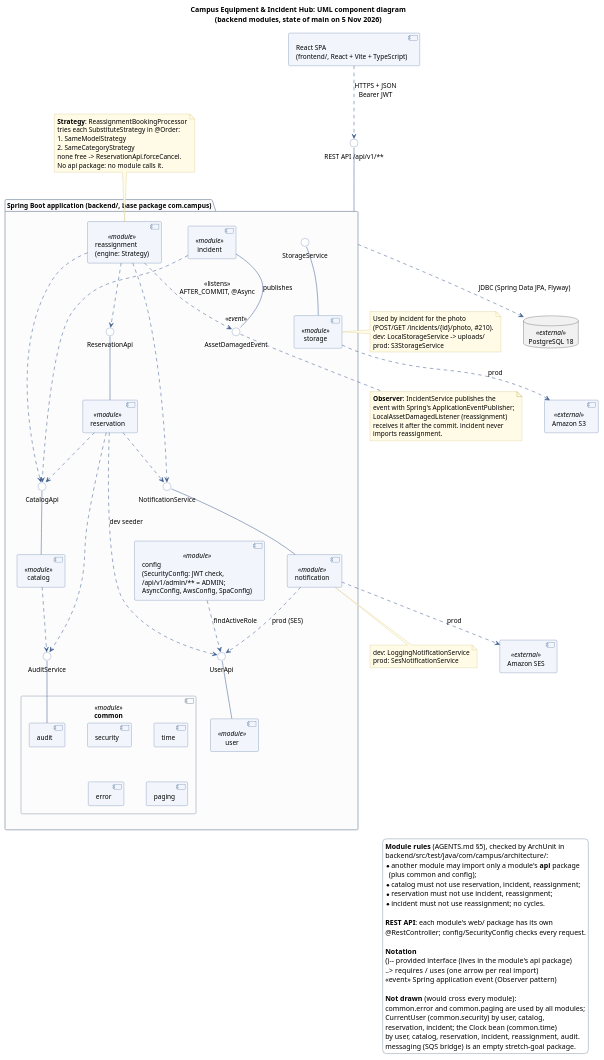
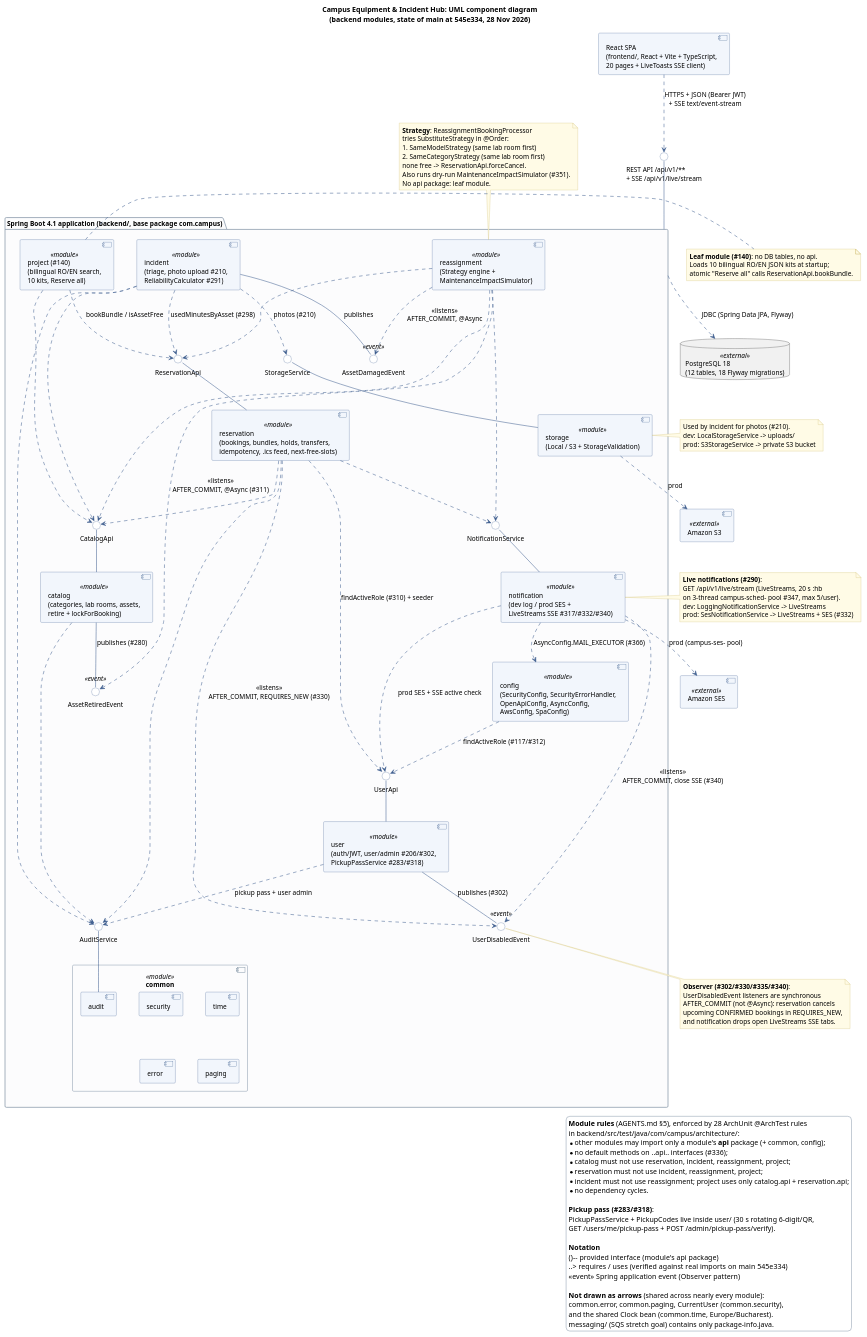
Before and after one commit to FundamenteleInginerieiSoftware/campus-hub: the diagram in docs/diagrams/component.puml, drawn with PlantUML. The commit also changed 13 other files, not shown here.

Commit message:
docs(report): add template blueprint, AWS/CI-CD chapter, runbook and refreshed security/diagrams

```diff
--- a/docs/diagrams/component.puml
+++ b/docs/diagrams/component.puml
@@ -1,166 +1,193 @@
 @startuml component
 ' UML component diagram of the backend modules (com.campus.<module>).
-' Every "requires" arrow comes from a real import on main (5 Nov 2026); the grep that produced
-' them is in documentation/Necula_Matei/32-component-deployment-diagrams.md.
+' Every "requires" arrow comes from a real import on main (545e334, 28 Nov 2026).
+' Verified via cross-module import grep in documentation/Necula_Matei/74-template-blueprint-report-runbook.md.
 ' Render from the repo root: java -jar plantuml.jar -tpng docs/diagrams/component.puml
 
-title Campus Equipment & Incident Hub: UML component diagram\n(backend modules, state of main on 5 Nov 2026)
+title Campus Equipment & Incident Hub: UML component diagram\n(backend modules, state of main at 545e334, 28 Nov 2026)
 
 skinparam componentStyle uml2
 skinparam shadowing false
 skinparam defaultFontName Helvetica
 skinparam defaultFontSize 13
 skinparam nodesep 45
 skinparam ranksep 60
 skinparam ArrowColor #3B5B8C
 skinparam component {
   BackgroundColor #F2F6FC
   BorderColor #3B5B8C
 }
 skinparam interface {
   BackgroundColor #FFFFFF
   BorderColor #3B5B8C
 }
 skinparam package {
   BorderColor #8899AA
   BackgroundColor #FCFCFD
 }
 skinparam legend {
   BackgroundColor #FFFFFF
   BorderColor #8899AA
 }
 skinparam note {
   BackgroundColor #FFFBE6
   BorderColor #C8B560
 }
 
-component "React SPA\n(frontend/, React + Vite + TypeScript)" as spa
+component "React SPA\n(frontend/, React + Vite + TypeScript,\n20 pages + LiveToasts SSE client)" as spa
 
-interface "REST API /api/v1/**" as rest
+interface "REST API /api/v1/**\n+ SSE /api/v1/live/stream" as rest
 
-package "Spring Boot application  (backend/, base package com.campus)" as app {
-  component "config\n(SecurityConfig: JWT check,\n/api/v1/admin/** = ADMIN;\nAsyncConfig, AwsConfig, SpaConfig)" as config <<module>>
+package "Spring Boot 4.1 application  (backend/, base package com.campus)" as app {
+  component "config\n(SecurityConfig, SecurityErrorHandler,\nOpenApiConfig, AsyncConfig,\nAwsConfig, SpaConfig)" as config <<module>>
 
-  component "reassignment\n(engine: Strategy)" as reassignment <<module>>
-  component "incident" as incident <<module>>
+  component "project (#140)\n(bilingual RO/EN search,\n10 kits, Reserve all)" as project <<module>>
+
+  component "reassignment\n(Strategy engine +\nMaintenanceImpactSimulator)" as reassignment <<module>>
+
+  component "incident\n(triage, photo upload #210,\nReliabilityCalculator #291)" as incident <<module>>
 
   interface "AssetDamagedEvent" as AssetDamagedEvent <<event>>
+  interface "AssetRetiredEvent" as AssetRetiredEvent <<event>>
+  interface "UserDisabledEvent" as UserDisabledEvent <<event>>
 
-  component "reservation" as reservation <<module>>
+  component "reservation\n(bookings, bundles, holds, transfers,\nidempotency, .ics feed, next-free-slots)" as reservation <<module>>
   interface "ReservationApi" as ReservationApi
 
-  component "catalog" as catalog <<module>>
+  component "catalog\n(categories, lab rooms, assets,\nretire + lockForBooking)" as catalog <<module>>
   interface "CatalogApi" as CatalogApi
 
-  component "notification" as notification <<module>>
+  component "notification\n(dev log / prod SES +\nLiveStreams SSE #317/#332/#340)" as notification <<module>>
   interface "NotificationService" as NotificationService
 
-  component "storage" as storage <<module>>
+  component "storage\n(Local / S3 + StorageValidation)" as storage <<module>>
   interface "StorageService" as StorageService
 
-  component "user" as user <<module>>
+  component "user\n(auth/JWT, user/admin #206/#302,\nPickupPassService #283/#318)" as user <<module>>
   interface "UserApi" as UserApi
 
   component "common" as common <<module>> {
     component "audit" as caudit
     component "security" as csecurity
     component "time" as ctime
     component "error" as cerror
     component "paging" as cpaging
   }
   interface "AuditService" as AuditService
 }
 
-database "PostgreSQL 18" as pg <<external>>
+database "PostgreSQL 18\n(12 tables, 18 Flyway migrations)" as pg <<external>>
 component "Amazon SES" as ses <<external>>
 component "Amazon S3" as s3 <<external>>
 
 ' ---- client ----
-spa ..> rest : HTTPS + JSON\nBearer JWT
+spa ..> rest : HTTPS + JSON (Bearer JWT)\n+ SSE text/event-stream
 rest -down- app
 
-' ---- Observer: incident publishes, reassignment listens ----
+' ---- Observer events ----
 incident -- AssetDamagedEvent : publishes
+catalog -- AssetRetiredEvent : publishes (#280)
+user -- UserDisabledEvent : publishes (#302)
+
 reassignment ..> AssetDamagedEvent : <<listens>>\nAFTER_COMMIT, @Async
+reassignment ..> AssetRetiredEvent : <<listens>>\nAFTER_COMMIT, @Async (#311)
+reservation ..> UserDisabledEvent : <<listens>>\nAFTER_COMMIT, REQUIRES_NEW (#330)
+notification ..> UserDisabledEvent : <<listens>>\nAFTER_COMMIT, close SSE (#340)
 
 ' ---- provided interfaces (each module's api package) ----
 reservation -up- ReservationApi
 catalog -up- CatalogApi
 notification -up- NotificationService
 storage -up- StorageService
 user -up- UserApi
 caudit -up- AuditService
 
-' ---- required interfaces, from the imports ----
+' ---- required interfaces (exact cross-module imports on main) ----
+project ..> CatalogApi
+project ..> ReservationApi : bookBundle / isAssetFree
 reassignment ..> ReservationApi
 reassignment ..> CatalogApi
 reassignment ..> NotificationService
 incident ..> CatalogApi
+incident ..> ReservationApi : usedMinutesByAsset (#298)
+incident ..> StorageService : photos (#210)
+incident ..> AuditService
 reservation ..> CatalogApi
 reservation ..> NotificationService
-reservation ..> UserApi : dev seeder
+reservation ..> UserApi : findActiveRole (#310) + seeder
 reservation ..> AuditService
 catalog ..> AuditService
-notification ..> UserApi : prod (SES)
-config ..> UserApi : findActiveRole
+user ..> AuditService : pickup pass + user admin
+notification ..> UserApi : prod SES + SSE active check
+notification ..> config : AsyncConfig.MAIL_EXECUTOR (#366)
+config ..> UserApi : findActiveRole (#117/#312)
 
 ' ---- external systems ----
 app ..> pg : JDBC (Spring Data JPA, Flyway)
-notification ..> ses : prod
+notification ..> ses : prod (campus-ses- pool)
 storage ..> s3 : prod
 
 note top of reassignment
   <b>Strategy</b>: ReassignmentBookingProcessor
-  tries each SubstituteStrategy in @Order:
-  1. SameModelStrategy
-  2. SameCategoryStrategy
+  tries SubstituteStrategy in @Order:
+  1. SameModelStrategy (same lab room first)
+  2. SameCategoryStrategy (same lab room first)
   none free -> ReservationApi.forceCancel.
-  No api package: no module calls it.
+  Also runs dry-run MaintenanceImpactSimulator (#351).
+  No api package: leaf module.
 end note
 
-note bottom of AssetDamagedEvent
-  <b>Observer</b>: IncidentService publishes the
-  event with Spring's ApplicationEventPublisher;
-  LocalAssetDamagedListener (reassignment)
-  receives it after the commit. incident never
-  imports reassignment.
+note right of project
+  <b>Leaf module (#140)</b>: no DB tables, no api.
+  Loads 10 bilingual RO/EN JSON kits at startup;
+  atomic "Reserve all" calls ReservationApi.bookBundle.
+end note
+
+note bottom of UserDisabledEvent
+  <b>Observer (#302/#330/#335/#340)</b>:
+  UserDisabledEvent listeners are synchronous
+  AFTER_COMMIT (not @Async): reservation cancels
+  upcoming CONFIRMED bookings in REQUIRES_NEW,
+  and notification drops open LiveStreams SSE tabs.
+end note
+
+note right of notification
+  <b>Live notifications (#290)</b>:
+  GET /api/v1/live/stream (LiveStreams, 20 s :hb
+  on 3-thread campus-sched- pool #347, max 5/user).
+  dev: LoggingNotificationService -> LiveStreams
+  prod: SesNotificationService -> LiveStreams + SES (#332)
 end note
 
 note right of storage
-  Used by incident for the photo
-  (POST/GET /incidents/{id}/photo, #210).
+  Used by incident for photos (#210).
   dev: LocalStorageService -> uploads/
-  prod: S3StorageService
-end note
-
-note bottom of notification
-  dev: LoggingNotificationService
-  prod: SesNotificationService
+  prod: S3StorageService -> private S3 bucket
 end note
 
 legend right
-  <b>Module rules</b> (AGENTS.md §5), checked by ArchUnit in
-  backend/src/test/java/com/campus/architecture/:
-  * another module may import only a module's <b>api</b> package
-    (plus common and config);
-  * catalog must not use reservation, incident, reassignment;
-  * reservation must not use incident, reassignment;
-  * incident must not use reassignment; no cycles.
+  <b>Module rules</b> (AGENTS.md §5), enforced by 28 ArchUnit @ArchTest rules
+  in backend/src/test/java/com/campus/architecture/:
+  * other modules may import only a module's <b>api</b> package (+ common, config);
+  * no default methods on ..api.. interfaces (#336);
+  * catalog must not use reservation, incident, reassignment, project;
+  * reservation must not use incident, reassignment, project;
+  * incident must not use reassignment; project uses only catalog.api + reservation.api;
+  * no dependency cycles.
 
-  <b>REST API</b>: each module's web/ package has its own
-  @RestController; config/SecurityConfig checks every request.
+  <b>Pickup pass (#283/#318)</b>:
+  PickupPassService + PickupCodes live inside user/ (30 s rotating 6-digit/QR,
+  GET /users/me/pickup-pass + POST /admin/pickup-pass/verify).
 
   <b>Notation</b>
-  ()--  provided interface (lives in the module's api package)
-  ..>   requires / uses (one arrow per real import)
+  ()--  provided interface (module's api package)
+  ..>   requires / uses (verified against real imports on main 545e334)
   <<event>>  Spring application event (Observer pattern)
 
-  <b>Not drawn</b> (would cross every module):
-  common.error and common.paging are used by all modules;
-  CurrentUser (common.security) by user, catalog,
-  reservation, incident; the Clock bean (common.time)
-  by user, catalog, reservation, incident, reassignment, audit.
-  messaging (SQS bridge) is an empty stretch-goal package.
+  <b>Not drawn as arrows</b> (shared across nearly every module):
+  common.error, common.paging, CurrentUser (common.security),
+  and the shared Clock bean (common.time, Europe/Bucharest).
+  messaging/ (SQS stretch goal) contains only package-info.java.
 endlegend
 
 @enduml
```
